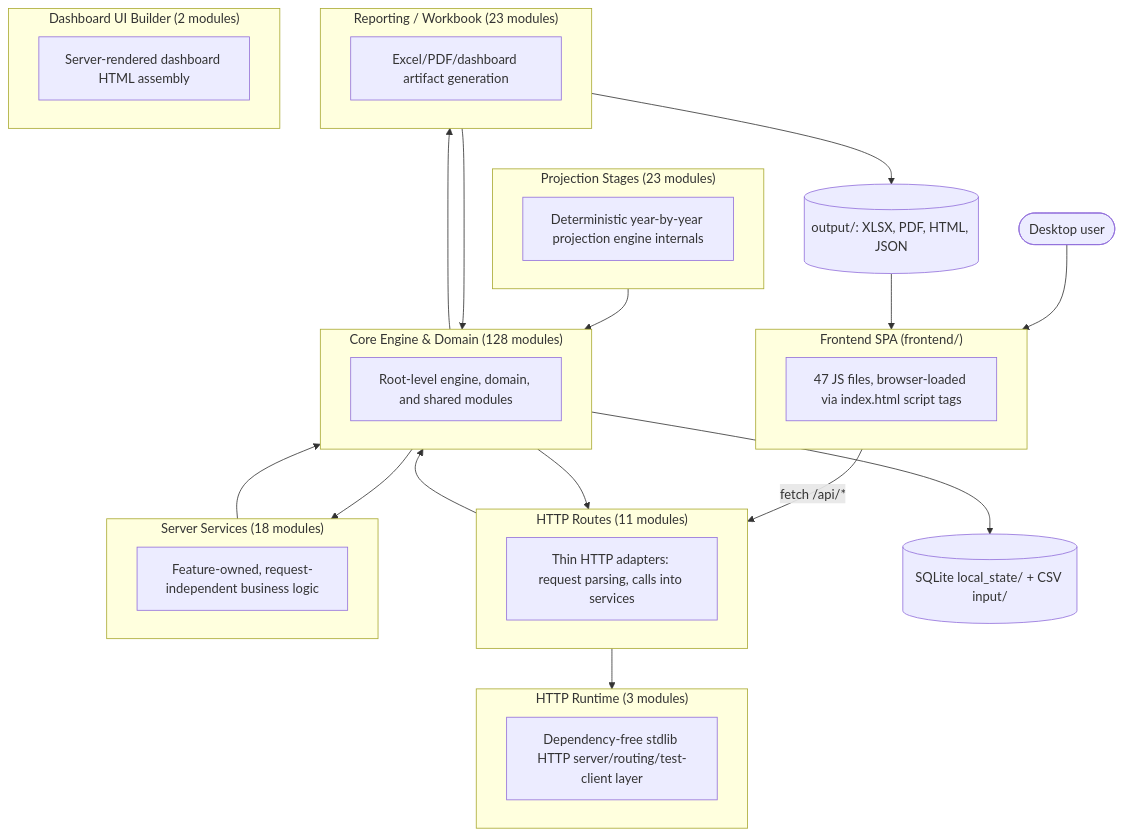
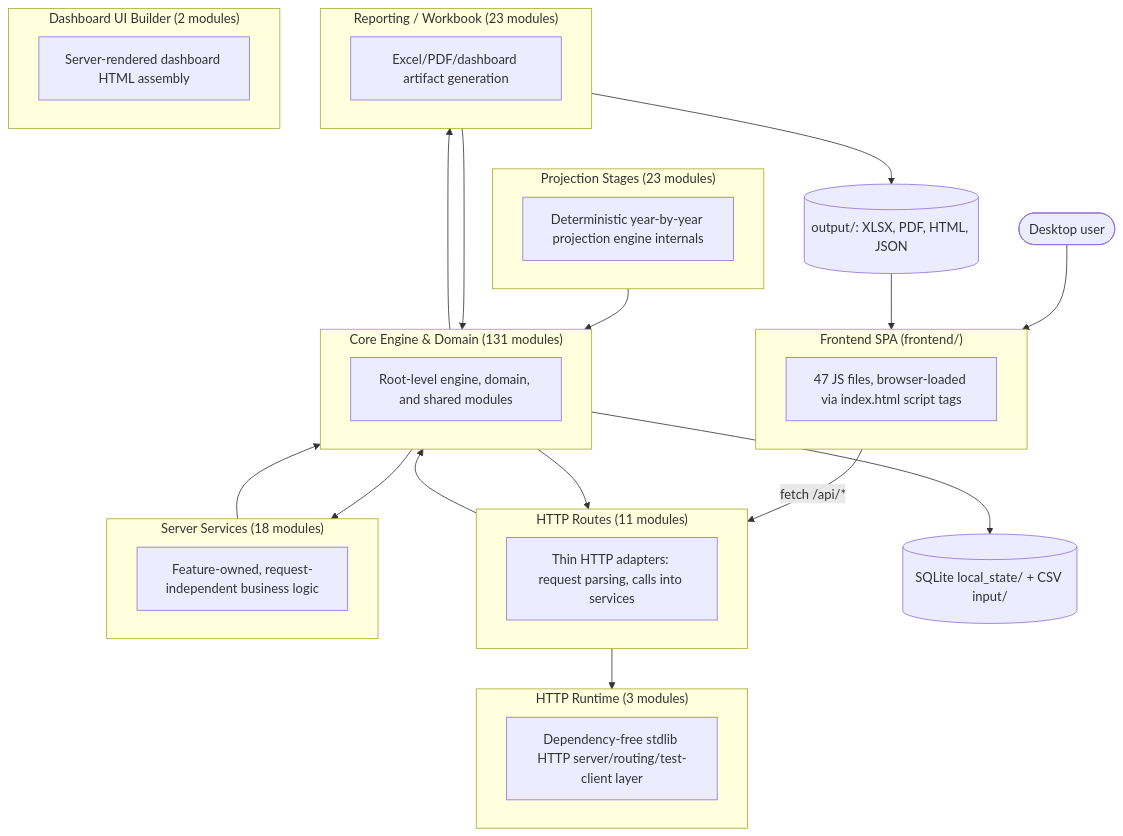
One commit to matthartzman/retirement_system changed the first of 2 diagrams in documentation/reference/SYSTEM_ARCHITECTURE_DIAGRAM.md. Above: the diagram before and after it, drawn with Mermaid. The commit also changed other lines of this file and 39 other files, not shown here.

````diff
--- a/documentation/reference/SYSTEM_ARCHITECTURE_DIAGRAM.md
+++ b/documentation/reference/SYSTEM_ARCHITECTURE_DIAGRAM.md
@@ -11,40 +11,40 @@
 ```mermaid
 flowchart TB
     User(["Desktop user"]) --> FE
     subgraph FE["Frontend SPA (frontend/)"]
         FEcount["47 JS files, browser-loaded via index.html script tags"]
     end
     FE -->|fetch /api/*| L_HTTP_Routes
     subgraph L_HTTP_Routes["HTTP Routes (11 modules)"]
         L_HTTP_Routes_d["Thin HTTP adapters: request parsing, calls into services"]
     end
     subgraph L_Server_Services["Server Services (18 modules)"]
         L_Server_Services_d["Feature-owned, request-independent business logic"]
     end
     subgraph L_HTTP_Runtime["HTTP Runtime (3 modules)"]
         L_HTTP_Runtime_d["Dependency-free stdlib HTTP server/routing/test-client layer"]
     end
-    subgraph L_Core_Engine___Domain["Core Engine & Domain (128 modules)"]
+    subgraph L_Core_Engine___Domain["Core Engine & Domain (131 modules)"]
         L_Core_Engine___Domain_d["Root-level engine, domain, and shared modules"]
     end
     subgraph L_Projection_Stages["Projection Stages (23 modules)"]
         L_Projection_Stages_d["Deterministic year-by-year projection engine internals"]
     end
     subgraph L_Reporting___Workbook["Reporting / Workbook (23 modules)"]
         L_Reporting___Workbook_d["Excel/PDF/dashboard artifact generation"]
     end
     subgraph L_Dashboard_UI_Builder["Dashboard UI Builder (2 modules)"]
         L_Dashboard_UI_Builder_d["Server-rendered dashboard HTML assembly"]
     end
     L_Core_Engine___Domain --> L_HTTP_Routes
     L_Core_Engine___Domain --> L_Reporting___Workbook
     L_Core_Engine___Domain --> L_Server_Services
     L_HTTP_Routes --> L_Core_Engine___Domain
     L_HTTP_Routes --> L_HTTP_Runtime
     L_Projection_Stages --> L_Core_Engine___Domain
     L_Reporting___Workbook --> L_Core_Engine___Domain
     L_Server_Services --> L_Core_Engine___Domain
     L_Core_Engine___Domain --> DB[("SQLite local_state/ + CSV input/")]
     L_Reporting___Workbook --> Outputs[("output/: XLSX, PDF, HTML, JSON")]
     Outputs --> FE
 ```
````
